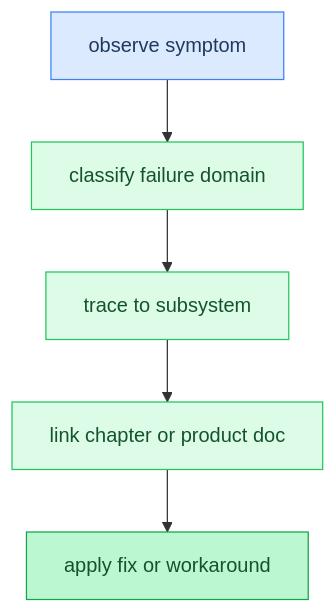
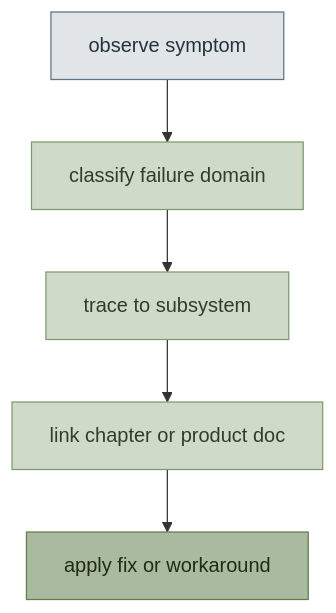
Before and after one commit to maci0/agave: the diagram in docs/tutorial/appendix-troubleshooting.md, drawn with Mermaid. The commit also changed 198 other files, not shown here.

Commit message:
docs: re-theme diagram palette to the product ink ramp

````diff
--- a/docs/tutorial/appendix-troubleshooting.md
+++ b/docs/tutorial/appendix-troubleshooting.md
@@ -77,11 +77,11 @@
 ```mermaid
 flowchart TD
-  classDef setup fill:#dbeafe,stroke:#3b82f6,color:#1e3a5f
-  classDef sync fill:#dcfce7,stroke:#22c55e,color:#14532d
-  classDef success fill:#bbf7d0,stroke:#16a34a,color:#14532d
+  classDef setup fill:#e2e5e8,stroke:#5f7480,color:#25333a
+  classDef sync fill:#d0dac9,stroke:#7d9b6a,color:#2f3f26
+  classDef success fill:#a9ba9e,stroke:#5f7f4c,color:#1e2b18
 
   Symptom["observe symptom"]:::setup --> Classify["classify failure domain"]:::sync
   Classify --> Trace["trace to subsystem"]:::sync
   Trace --> Link["link chapter or product doc"]:::sync
   Link --> Fix["apply fix or workaround"]:::success
 ```
````
